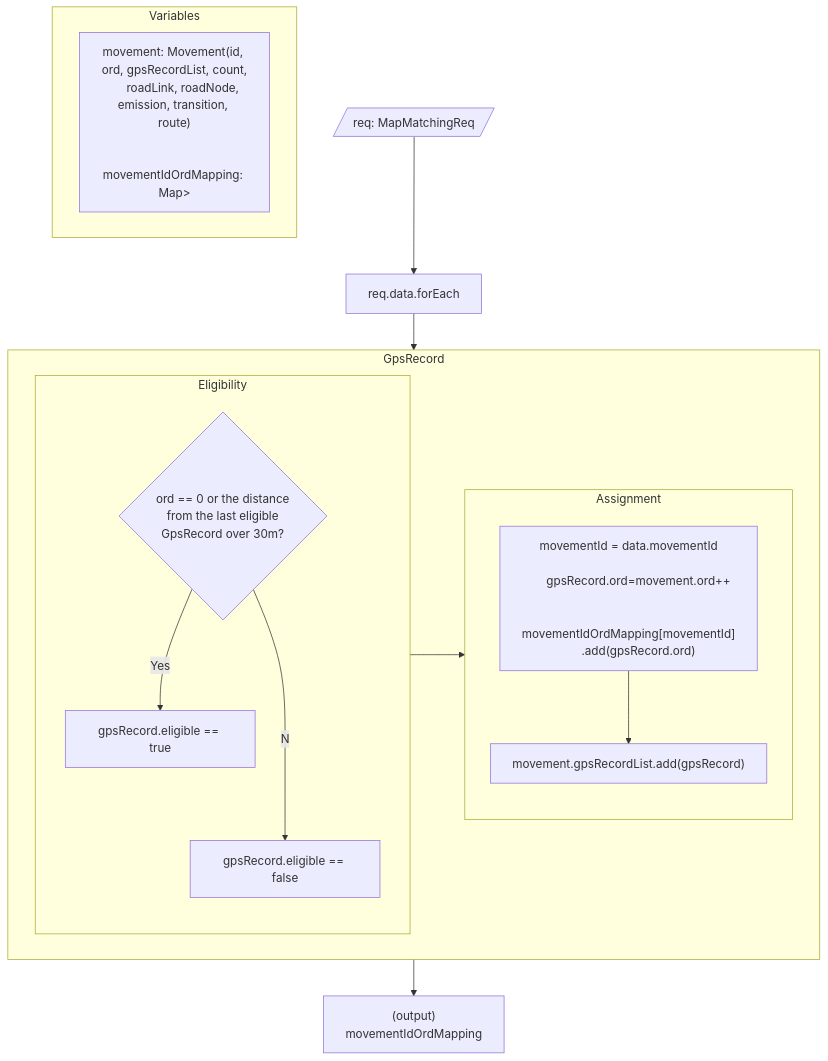
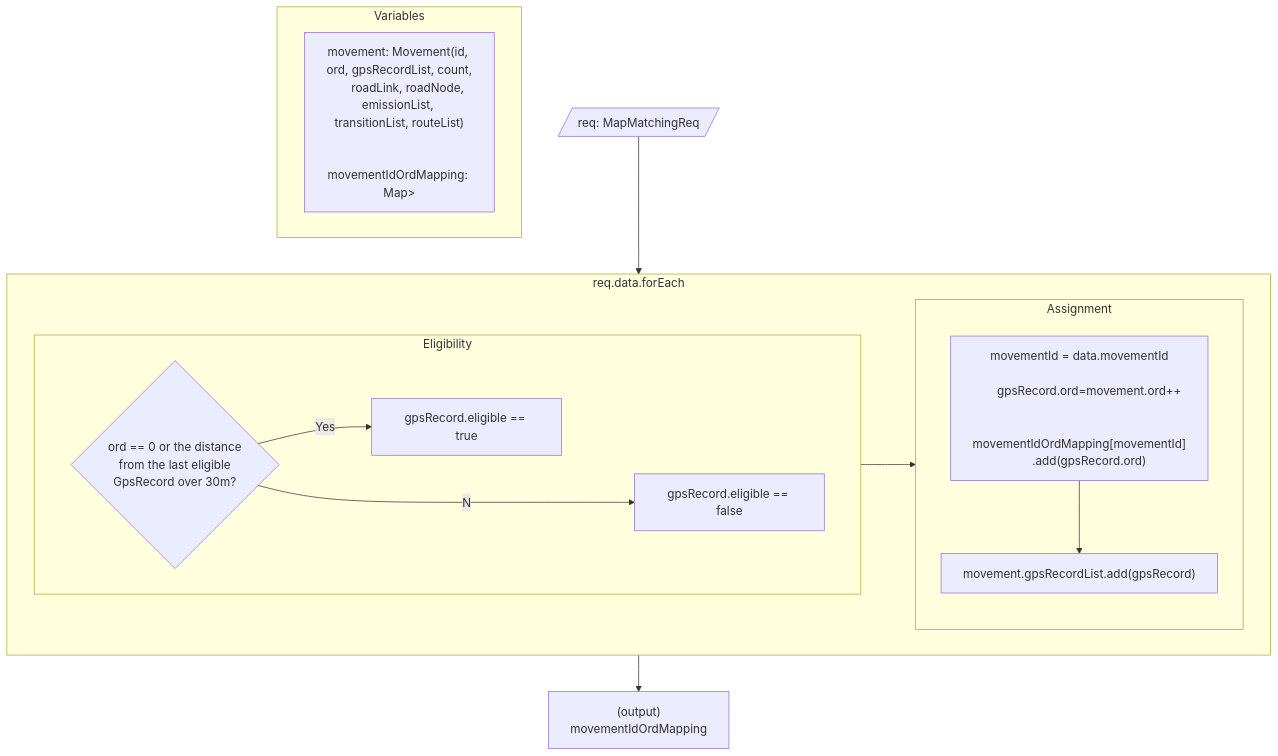
One commit to tw-yoo/appmeter-revising-flowchart changed the diagram in 0_gps_record.mmd. Above: the diagram before and after it, drawn with Mermaid. The commit also changed 1 other file, not shown here.

Commit message:
wip: forEach 문 수정 중

```diff
--- a/0_gps_record.mmd
+++ b/0_gps_record.mmd
@@ -1,53 +1,53 @@
 flowchart TD
 	Input[/req: MapMatchingReq/]
-  ReqDataForEach["req.data.forEach"]
   Output["
     (output)
     movementIdOrdMapping
   "]
 
   subgraph Variables
     Movement["
       movement: Movement(id, ord, gpsRecordList, count,
-      roadLink, roadNode, emission, transition, route)
+      roadLink, roadNode, emissionList, transitionList, routeList)
       
       movementIdOrdMapping: Map<String, List<Int>>
     "] 
   end
 
-  subgraph GpsRecord
+  subgraph req.data.forEach
     direction LR
     subgraph Eligibility
+      direction LR
       E1{"
         ord == 0 or the distance 
         from the last eligible 
         GpsRecord over 30m?
       "} 
 			ET[gpsRecord.eligible == true]
 			EF[gpsRecord.eligible == false]
 
 			E1 --Yes--> ET
 			E1 --No--> EF
     end
     
     subgraph Assignment
       direction TB
       Ord["
       movementId = data.movementId
 
       gpsRecord.ord=movement.ord++
 
       movementIdOrdMapping[movementId]
       .add(gpsRecord.ord)
       "]
       Add["movement.gpsRecordList.add(gpsRecord)"]
 
       Ord --> Add
 
     end
 
     Eligibility --> Assignment
 
   end
 
-Input --> ReqDataForEach --> GpsRecord --> Output
+Input --> req.data.forEach --> Output
```
